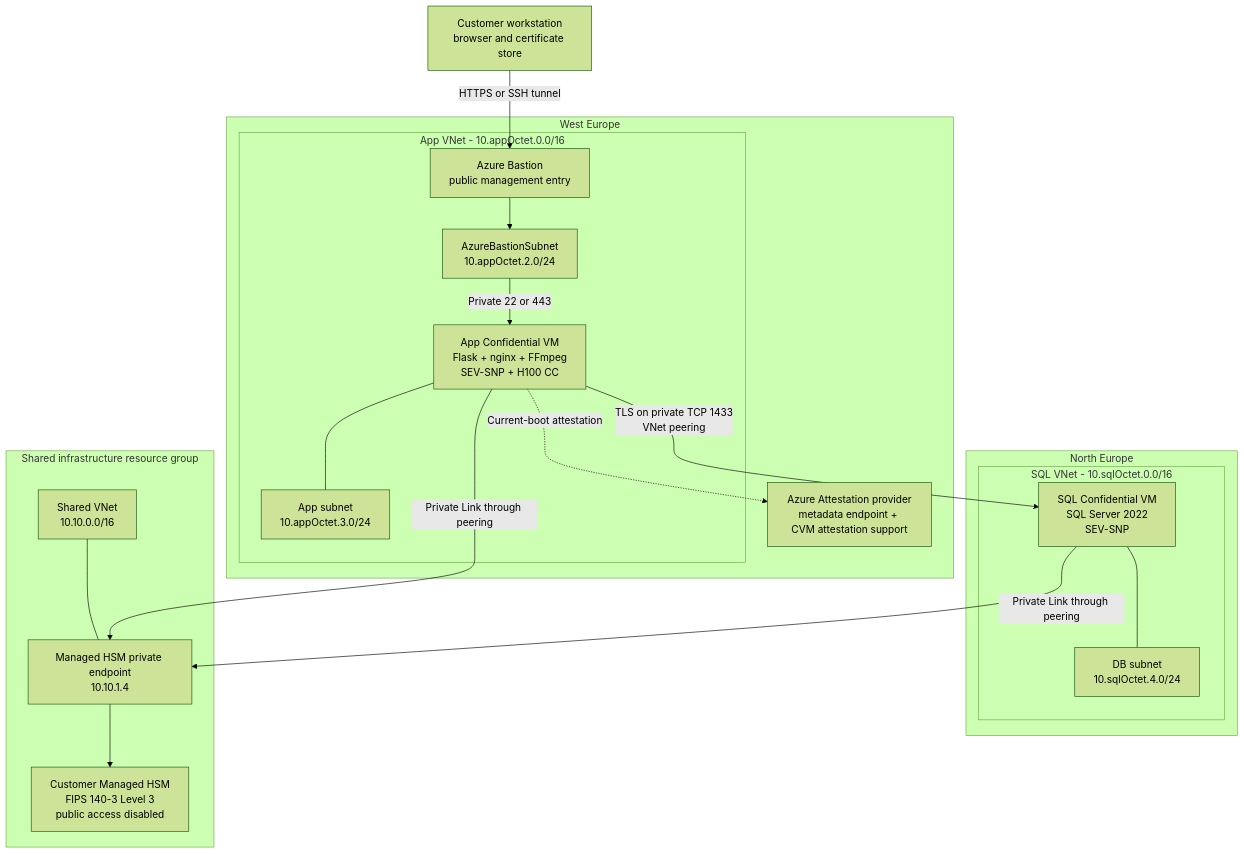
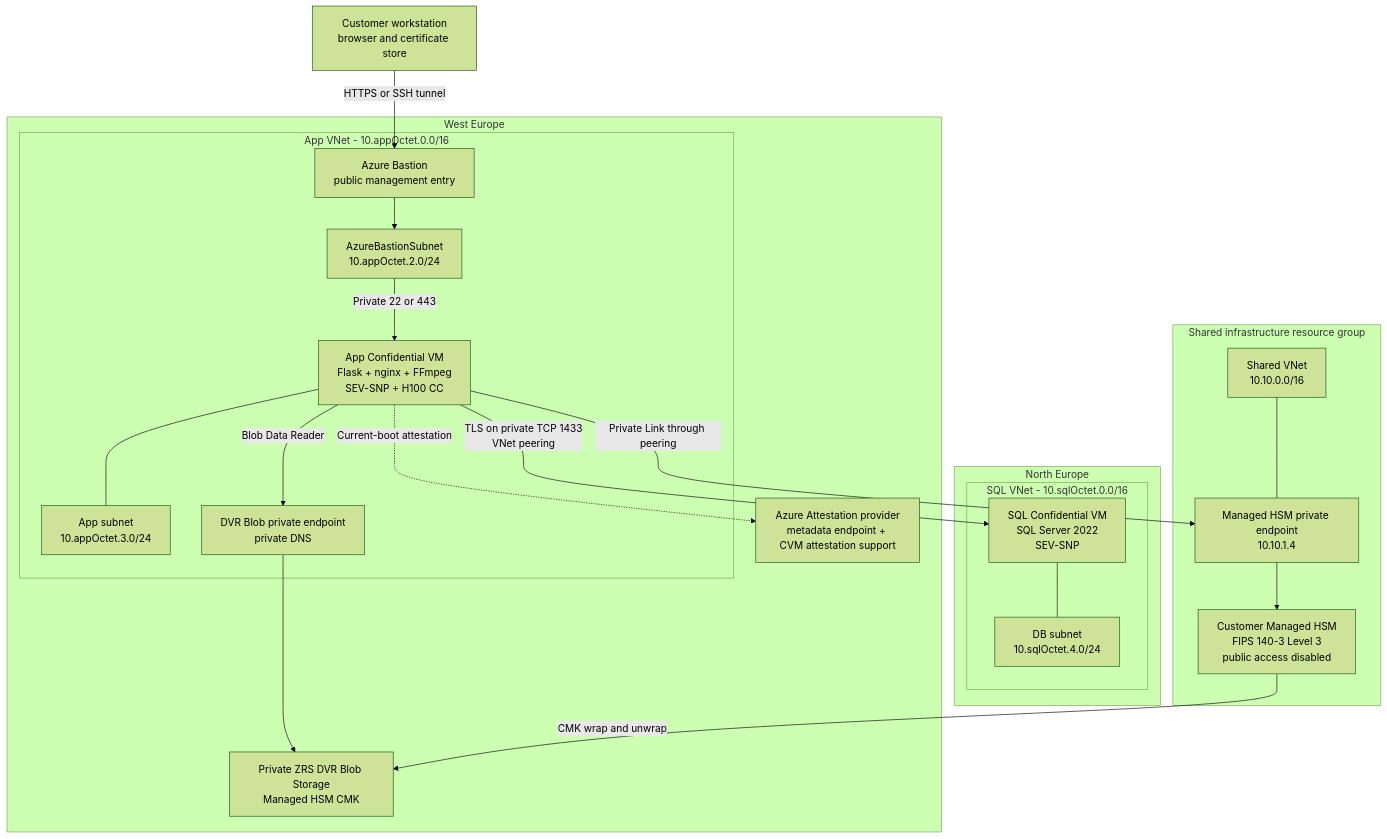
One commit to vinfnet/confidential-computing changed the third of 9 diagrams in sov-examples/citizen-registry-advanced/README.md. Above: the diagram before and after it, drawn with Mermaid (forest theme). The commit also changed other lines of this file and 3 other files, not shown here.

Commit message:
docs: document private DVR storage architecture

````diff
--- a/sov-examples/citizen-registry-advanced/README.md
+++ b/sov-examples/citizen-registry-advanced/README.md
@@ -445,38 +456,42 @@
 ```mermaid
 flowchart TB
   User[Customer workstation<br/>browser and certificate store]
   Bastion[Azure Bastion<br/>public management entry]
   User -->|HTTPS or SSH tunnel| Bastion
 
   subgraph AppRegion[West Europe]
     subgraph AppVNet2[App VNet - 10.appOctet.0.0/16]
       BastionSubnet[AzureBastionSubnet<br/>10.appOctet.2.0/24]
       AppSubnet[App subnet<br/>10.appOctet.3.0/24]
       AppCvm[App Confidential VM<br/>Flask + nginx + FFmpeg<br/>SEV-SNP + H100 CC]
+      BlobPe2[DVR Blob private endpoint<br/>private DNS]
       Bastion --> BastionSubnet -->|Private 22 or 443| AppCvm
       AppCvm --- AppSubnet
+      AppCvm -->|Blob Data Reader| BlobPe2
     end
+    Dvr2[Private ZRS DVR Blob Storage<br/>Managed HSM CMK]
+    BlobPe2 --> Dvr2
     Maa[Azure Attestation provider<br/>metadata endpoint + CVM attestation support]
   end
 
   subgraph SqlRegion[North Europe]
     subgraph SqlVNet2[SQL VNet - 10.sqlOctet.0.0/16]
       DbSubnet[DB subnet<br/>10.sqlOctet.4.0/24]
       SqlCvm[SQL Confidential VM<br/>SQL Server 2022<br/>SEV-SNP]
       SqlCvm --- DbSubnet
     end
   end
 
   AppCvm -->|TLS on private TCP 1433<br/>VNet peering| SqlCvm
   AppCvm -.->|Current-boot attestation| Maa
 
   subgraph SharedRg[Shared infrastructure resource group]
     SharedVNet2[Shared VNet<br/>10.10.0.0/16]
     PrivateEndpoint[Managed HSM private endpoint<br/>10.10.1.4]
     Hsm[Customer Managed HSM<br/>FIPS 140-3 Level 3<br/>public access disabled]
     SharedVNet2 --- PrivateEndpoint --> Hsm
   end
 
   AppCvm -->|Private Link through peering| PrivateEndpoint
-  SqlCvm -->|Private Link through peering| PrivateEndpoint
+  Hsm -->|CMK wrap and unwrap| Dvr2
 ```
````
